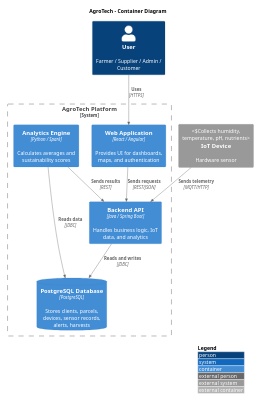
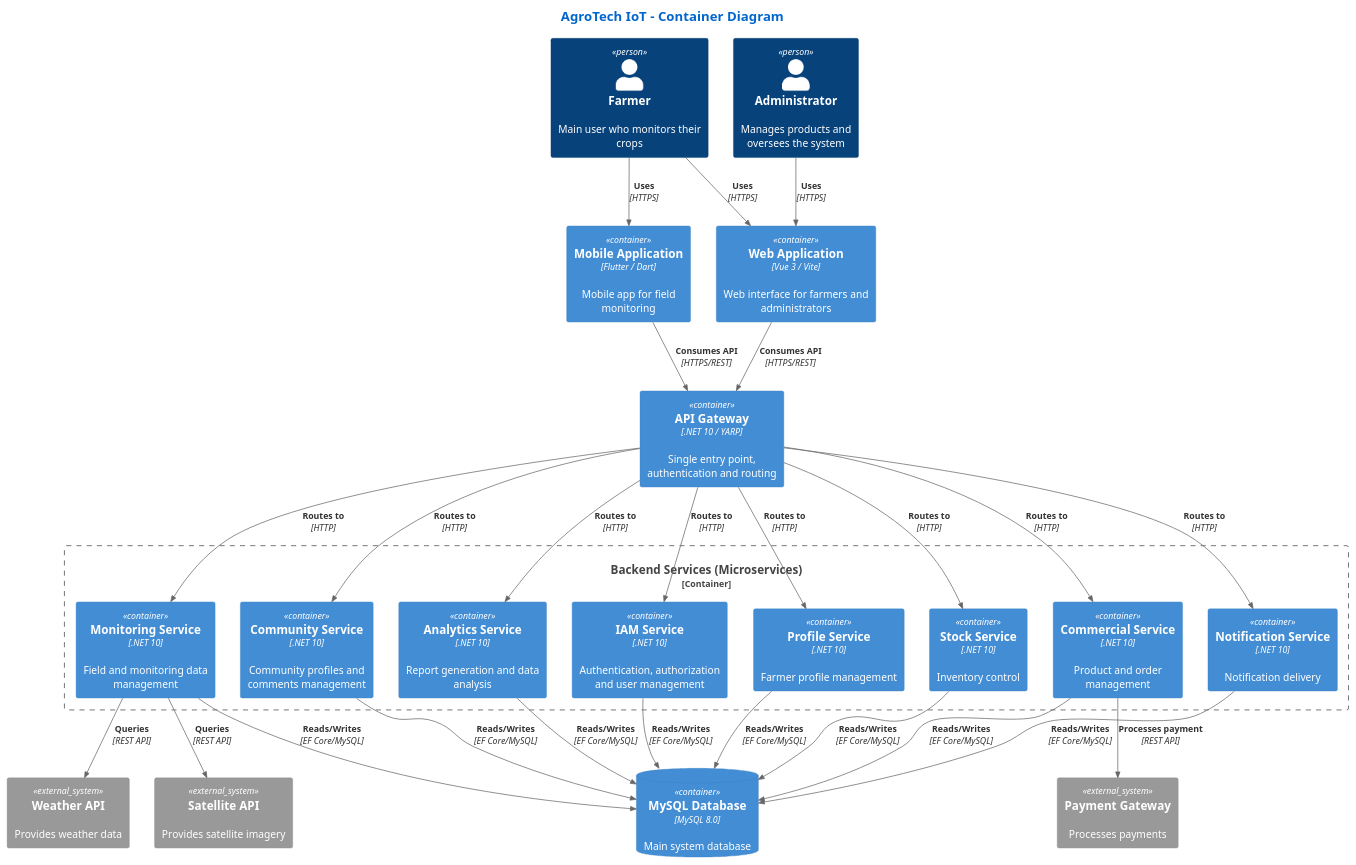
The second of 6 diagrams in 05-cap4-product-design.md (1ASI0730-10215-NovaTech-TerraTech/upc-pre-202610-1asi0730-10215-NovaTech-report), drawn with PlantUML before and after one commit. The commit also changed other lines of this file, not shown here.

Commit message:
Update class diagrams, C4 model and database schema in product design chapter

````diff
--- a/05-cap4-product-design.md
+++ b/05-cap4-product-design.md
@@ -537,35 +551,77 @@
 ```plantuml
 @startuml
-!include https://raw.githubusercontent.com/plantuml-stdlib/C4-PlantUML/master/C4_Container.puml
+!include <C4/C4_Container.puml>
 
-scale 1/2
-
-' Esta línea aplica los iconos y el estilo visual completo de C4
-LAYOUT_WITH_LEGEND()
-
-title AgroTech - Container Diagram
-
-Person(user, "User", "Farmer / Supplier / Admin / Customer")
-
-System_Boundary(agrotech, "AgroTech Platform") {
-
-    Container(webapp, "Web Application", "React / Angular", "Provides UI for dashboards, maps, and authentication")
-
-    Container(api, "Backend API", "Java / Spring Boot", "Handles business logic, IoT data, and analytics")
-
-    ContainerDb(db, "PostgreSQL Database", "PostgreSQL", "Stores clients, parcels, devices, sensor records, alerts, harvests")
-
-    Container(analytics, "Analytics Engine", "Python / Spark", "Calculates averages and sustainability scores")
+' ==================== LIGHT THEME CONFIGURATION ====================
+skinparam backgroundColor #FFFFFF
+skinparam defaultFontColor #333333
+skinparam classFontColor #1A1A1A
+skinparam class {
+    BackgroundColor #F8F9FA
+    BorderColor #DEE2E6
+    HeaderBackgroundColor #E9ECEF
+    HeaderFontColor #0066CC
+    FontColor #1A1A1A
 }
 
-System_Ext(iot_device, "IoT Device", "Hardware sensor", "Collects humidity, temperature, pH, nutrients")
+title <color:#0066CC><size:18>AgroTech IoT - Container Diagram</size></color>
 
-Rel(user, webapp, "Uses", "HTTPS")
-Rel(webapp, api, "Sends requests", "REST/JSON")
-Rel(api, db, "Reads and writes", "JDBC")
-Rel(analytics, db, "Reads data", "JDBC")
-Rel(analytics, api, "Sends results", "REST")
-Rel(iot_device, api, "Sends telemetry", "MQTT/HTTP")
+' ==================== PERSONS ====================
+Person(farmer, "Farmer", "Main user who monitors their crops")
+Person(admin, "Administrator", "Manages products and oversees the system")
+
+' ==================== CONTAINERS ====================
+Container(webApp, "Web Application", "Vue 3 / Vite", "Web interface for farmers and administrators")
+Container(mobileApp, "Mobile Application", "Flutter / Dart", "Mobile app for field monitoring")
+Container(apiGateway, "API Gateway", ".NET 10 / YARP", "Single entry point, authentication and routing")
+
+Container_Boundary(backend, "Backend Services (Microservices)") {
+    Container(iamService, "IAM Service", ".NET 10", "Authentication, authorization and user management")
+    Container(profileService, "Profile Service", ".NET 10", "Farmer profile management")
+    Container(commercialService, "Commercial Service", ".NET 10", "Product and order management")
+    Container(monitoringService, "Monitoring Service", ".NET 10", "Field and monitoring data management")
+    Container(stockService, "Stock Service", ".NET 10", "Inventory control")
+    Container(notificationService, "Notification Service", ".NET 10", "Notification delivery")
+    Container(communityService, "Community Service", ".NET 10", "Community profiles and comments management")
+    Container(analyticsService, "Analytics Service", ".NET 10", "Report generation and data analysis")
+}
+
+ContainerDb(mysqlDb, "MySQL Database", "MySQL 8.0", "Main system database")
+
+' ==================== EXTERNAL SYSTEMS ====================
+System_Ext(weatherApi, "Weather API", "Provides weather data")
+System_Ext(satelliteApi, "Satellite API", "Provides satellite imagery")
+System_Ext(paymentGateway, "Payment Gateway", "Processes payments")
+
+' ==================== RELATIONSHIPS ====================
+Rel(farmer, webApp, "Uses", "HTTPS")
+Rel(farmer, mobileApp, "Uses", "HTTPS")
+Rel(admin, webApp, "Uses", "HTTPS")
+
+Rel(webApp, apiGateway, "Consumes API", "HTTPS/REST")
+Rel(mobileApp, apiGateway, "Consumes API", "HTTPS/REST")
+
+Rel(apiGateway, iamService, "Routes to", "HTTP")
+Rel(apiGateway, profileService, "Routes to", "HTTP")
+Rel(apiGateway, commercialService, "Routes to", "HTTP")
+Rel(apiGateway, monitoringService, "Routes to", "HTTP")
+Rel(apiGateway, stockService, "Routes to", "HTTP")
+Rel(apiGateway, notificationService, "Routes to", "HTTP")
+Rel(apiGateway, communityService, "Routes to", "HTTP")
+Rel(apiGateway, analyticsService, "Routes to", "HTTP")
+
+Rel(iamService, mysqlDb, "Reads/Writes", "EF Core/MySQL")
+Rel(profileService, mysqlDb, "Reads/Writes", "EF Core/MySQL")
+Rel(commercialService, mysqlDb, "Reads/Writes", "EF Core/MySQL")
+Rel(monitoringService, mysqlDb, "Reads/Writes", "EF Core/MySQL")
+Rel(stockService, mysqlDb, "Reads/Writes", "EF Core/MySQL")
+Rel(notificationService, mysqlDb, "Reads/Writes", "EF Core/MySQL")
+Rel(communityService, mysqlDb, "Reads/Writes", "EF Core/MySQL")
+Rel(analyticsService, mysqlDb, "Reads/Writes", "EF Core/MySQL")
+
+Rel(monitoringService, weatherApi, "Queries", "REST API")
+Rel(monitoringService, satelliteApi, "Queries", "REST API")
+Rel(commercialService, paymentGateway, "Processes payment", "REST API")
 
 @enduml
 ```
````
